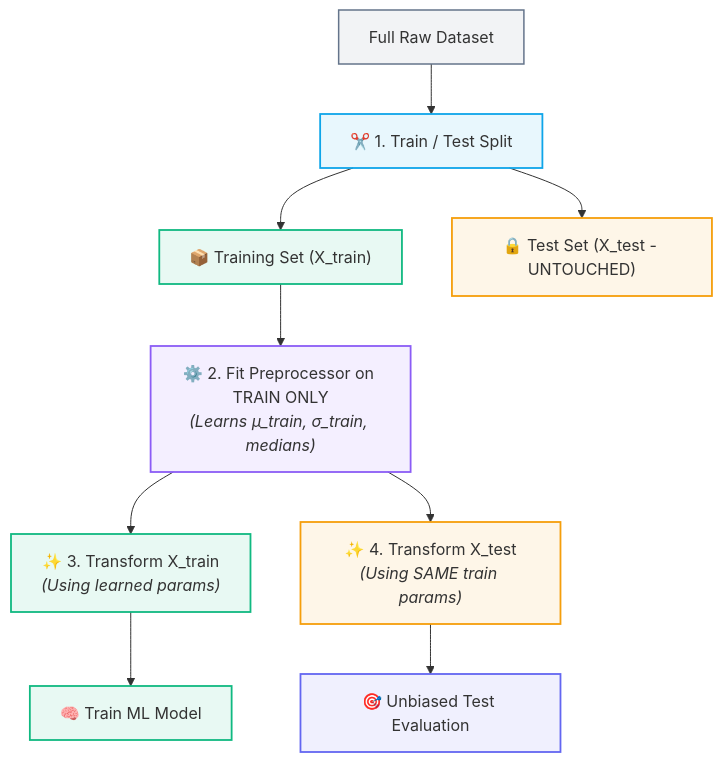
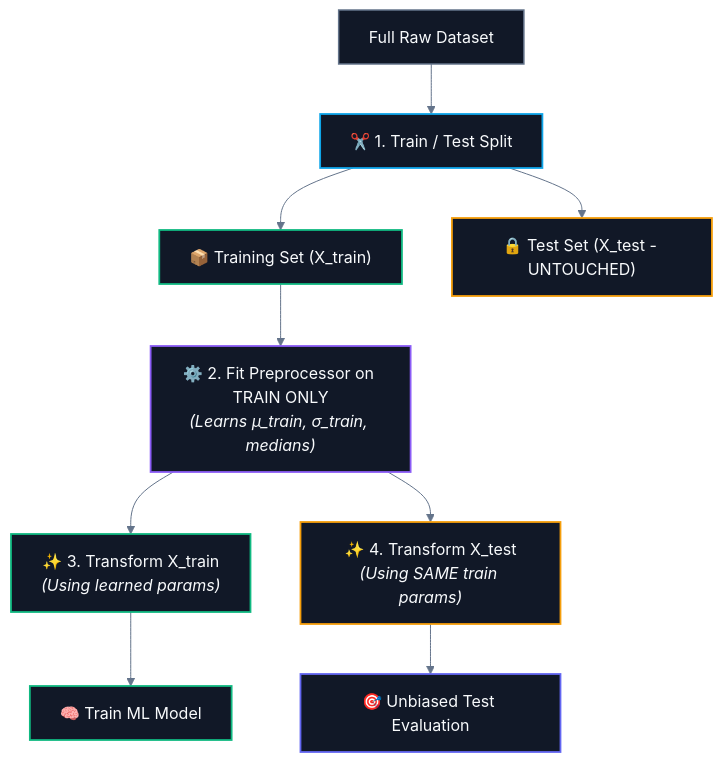
One commit to abhinavbharti2345/CS_Notes changed the fourth of 6 diagrams in CS/AI & ML/02. Data Preprocessing/01. Data Leakage.md. Above: the diagram before and after it, drawn with Mermaid. The commit also changed other lines of this file and 195 other files, not shown here.

````diff
--- a/CS/AI & ML/02. Data Preprocessing/01. Data Leakage.md
+++ b/CS/AI & ML/02. Data Preprocessing/01. Data Leakage.md
@@ -98,31 +101,32 @@
 ```mermaid
+%%{init: {'theme': 'base', 'themeVariables': { 'darkMode': true, 'background': '#0B0F14', 'mainBkg': '#111827', 'primaryColor': '#111827', 'primaryTextColor': '#F8FAFC', 'primaryBorderColor': '#38BDF8', 'lineColor': '#64748B', 'secondaryColor': '#0B0F14', 'tertiaryColor': '#0B0F14', 'clusterBkg': '#0B0F14', 'clusterBorder': '#38BDF8' }}}%%
 flowchart TD
     D["Full Raw Dataset"] --> Split["✂️ 1. Train / Test Split"]
     
     Split --> Train["📦 Training Set (X_train)"]
     Split --> Test["🔒 Test Set (X_test - UNTOUCHED)"]
     
     Train --> Fit["⚙️ 2. Fit Preprocessor on TRAIN ONLY<br><i>(Learns μ_train, σ_train, medians)</i>"]
     
     Fit --> TransTrain["✨ 3. Transform X_train<br><i>(Using learned params)</i>"]
     Fit --> TransTest["✨ 4. Transform X_test<br><i>(Using SAME train params)</i>"]
     
     TransTrain --> Model["🧠 Train ML Model"]
     TransTest --> Eval["🎯 Unbiased Test Evaluation"]
 
-    classDef neutral fill:#64748b15,stroke:#64748b,stroke-width:1.5px;
-    classDef split fill:#0ea5e918,stroke:#0ea5e9,stroke-width:1.8px;
-    classDef train fill:#10b98118,stroke:#10b981,stroke-width:1.8px;
-    classDef test fill:#f59e0b18,stroke:#f59e0b,stroke-width:1.8px;
-    classDef fit fill:#8b5cf618,stroke:#8b5cf6,stroke-width:1.8px;
-    classDef model fill:#10b98118,stroke:#10b981,stroke-width:1.8px;
-    classDef eval fill:#6366f118,stroke:#6366f1,stroke-width:1.8px;
+    classDef neutral fill:#111827,stroke:#64748b,stroke-width:1.5px,color:#F8FAFC;
+    classDef split fill:#111827,stroke:#0ea5e9,stroke-width:1.8px,color:#F8FAFC;
+    classDef train fill:#111827,stroke:#10b981,stroke-width:1.8px,color:#F8FAFC;
+    classDef test fill:#111827,stroke:#f59e0b,stroke-width:1.8px,color:#F8FAFC;
+    classDef fit fill:#111827,stroke:#8b5cf6,stroke-width:1.8px,color:#F8FAFC;
+    classDef model fill:#111827,stroke:#10b981,stroke-width:1.8px,color:#F8FAFC;
+    classDef eval fill:#111827,stroke:#6366f1,stroke-width:1.8px,color:#F8FAFC;
 
     class D neutral;
     class Split split;
     class Train,TransTrain train;
     class Test,TransTest test;
     class Fit fit;
     class Model model;
     class Eval eval;
 ```
````
